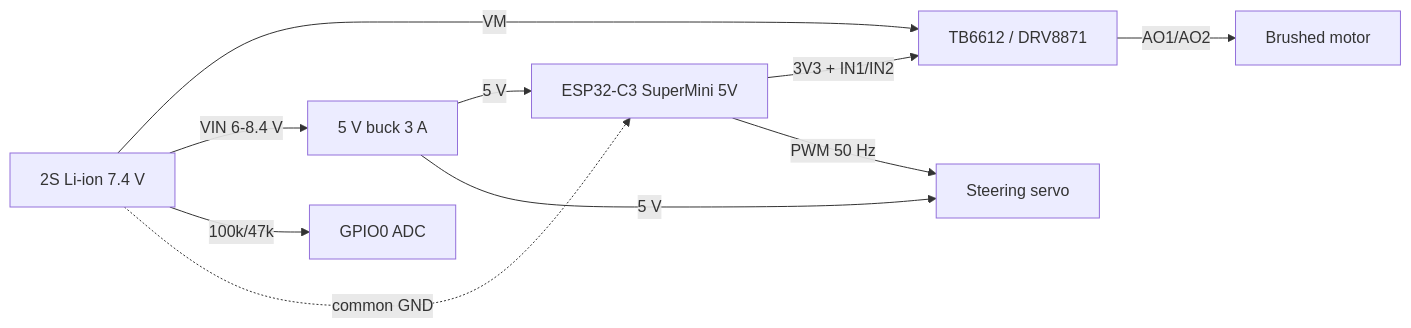
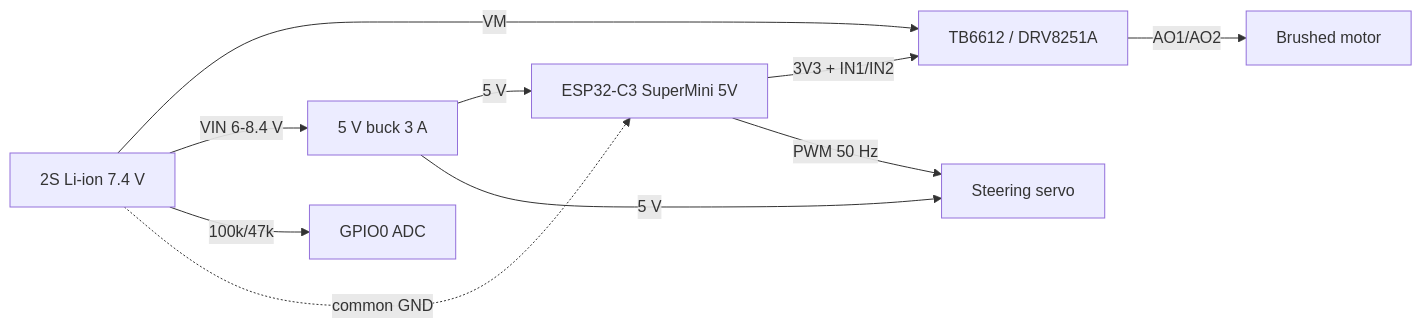
Before and after one commit to Gedankenn/rccar: the diagram in docs/hardware.md, drawn with Mermaid. The commit also changed other lines of this file and 4 other files, not shown here.

````diff
--- a/docs/hardware.md
+++ b/docs/hardware.md
@@ -78,12 +80,12 @@
 ```mermaid
 flowchart LR
-  BAT[2S Li-ion 7.4 V] -->|VM| HB[TB6612 / DRV8871]
+  BAT[2S Li-ion 7.4 V] -->|VM| HB[TB6612 / DRV8251A]
   BAT -->|VIN 6-8.4 V| BUCK[5 V buck 3 A]
   BUCK -->|5 V| ESP[ESP32-C3 SuperMini 5V]
   BUCK -->|5 V| SERVO[Steering servo]
   ESP -->|3V3 + IN1/IN2| HB
   ESP -->|PWM 50 Hz| SERVO
   HB -->|AO1/AO2| MOTOR[Brushed motor]
   BAT -->|100k/47k| ADC[GPIO0 ADC]
   BAT -.->|common GND| ESP
 ```
````
